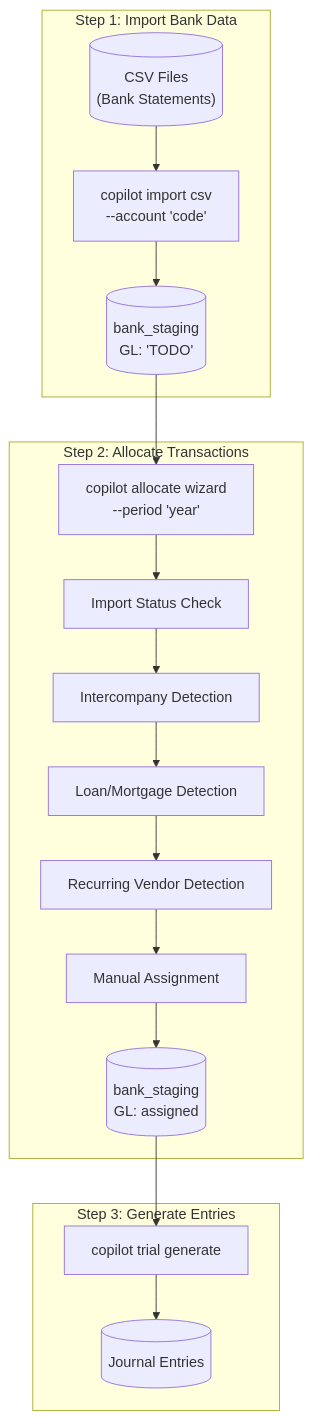
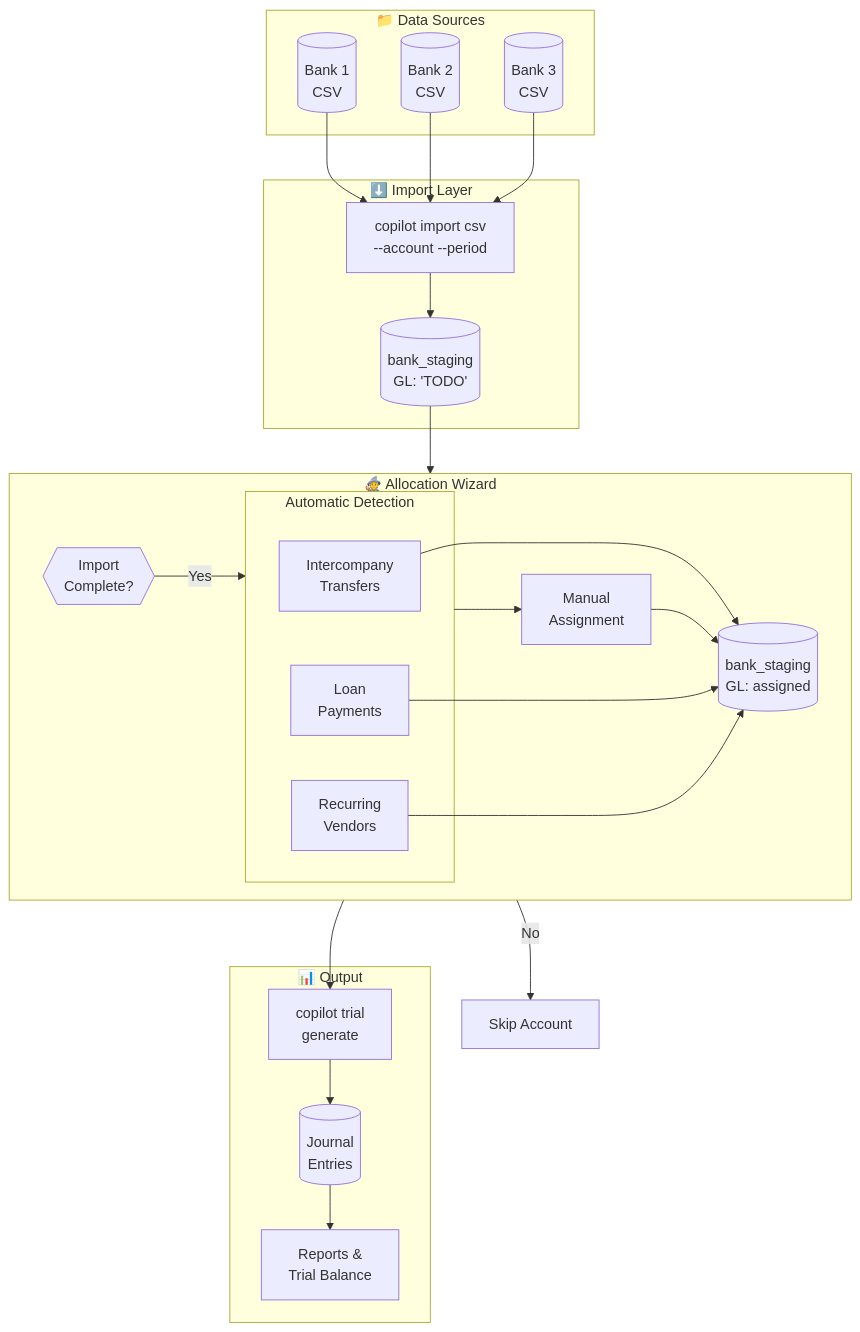
Before and after one commit to bgs-fbreen/copilot_db-development: the first of 7 diagrams in docs/import-and-wizard-guide.md, drawn with Mermaid. The commit also changed other lines of this file, not shown here.

First line of the commit message:
Transform linear Mermaid diagrams into multi-dimensional workflow visualizations (#36)

````diff
--- a/docs/import-and-wizard-guide.md
+++ b/docs/import-and-wizard-guide.md
@@ -30,29 +30,49 @@
 ```mermaid
 flowchart TB
-    subgraph Import["Step 1: Import Bank Data"]
-        CSV[("CSV Files<br/>(Bank Statements)")]
-        CMD1["copilot import csv<br/>--account 'code'"]
-        STAGING1[("bank_staging<br/>GL: 'TODO'")]
-        CSV --> CMD1 --> STAGING1
+    subgraph Sources["📁 Data Sources"]
+        CSV1[("Bank 1<br/>CSV")]
+        CSV2[("Bank 2<br/>CSV")]
+        CSV3[("Bank 3<br/>CSV")]
     end
-    
-    subgraph Allocate["Step 2: Allocate Transactions"]
-        CMD2["copilot allocate wizard<br/>--period 'year'"]
-        S1["Import Status Check"]
-        S2["Intercompany Detection"]
-        S3["Loan/Mortgage Detection"]
-        S4["Recurring Vendor Detection"]
-        S5["Manual Assignment"]
-        STAGING2[("bank_staging<br/>GL: assigned")]
+
+    subgraph Import["⬇️ Import Layer"]
+        CMD1["copilot import csv<br/>--account --period"]
+        STAGING[("bank_staging<br/>GL: 'TODO'")]
+    end
+
+    subgraph Wizard["🧙 Allocation Wizard"]
+        direction LR
+        CHECK{{"Import<br/>Complete?"}}
         
-        CMD2 --> S1 --> S2 --> S3 --> S4 --> S5 --> STAGING2
+        subgraph Auto["Automatic Detection"]
+            IC["Intercompany<br/>Transfers"]
+            LOAN["Loan<br/>Payments"]
+            REC["Recurring<br/>Vendors"]
+        end
+        
+        MANUAL["Manual<br/>Assignment"]
+        ALLOCATED[("bank_staging<br/>GL: assigned")]
     end
-    
-    subgraph Post["Step 3: Generate Entries"]
-        CMD3["copilot trial generate"]
-        JOURNAL[("Journal Entries")]
-        STAGING2 --> CMD3 --> JOURNAL
+
+    subgraph Output["📊 Output"]
+        TRIAL["copilot trial<br/>generate"]
+        JOURNAL[("Journal<br/>Entries")]
+        REPORTS["Reports &<br/>Trial Balance"]
     end
-    
-    STAGING1 --> CMD2
+
+    CSV1 --> CMD1
+    CSV2 --> CMD1
+    CSV3 --> CMD1
+    CMD1 --> STAGING
+    STAGING --> CHECK
+    CHECK -->|Yes| Auto
+    CHECK -->|No| SKIP[Skip Account]
+    IC --> ALLOCATED
+    LOAN --> ALLOCATED
+    REC --> ALLOCATED
+    Auto --> MANUAL
+    MANUAL --> ALLOCATED
+    ALLOCATED --> TRIAL
+    TRIAL --> JOURNAL
+    JOURNAL --> REPORTS
 ```
````
